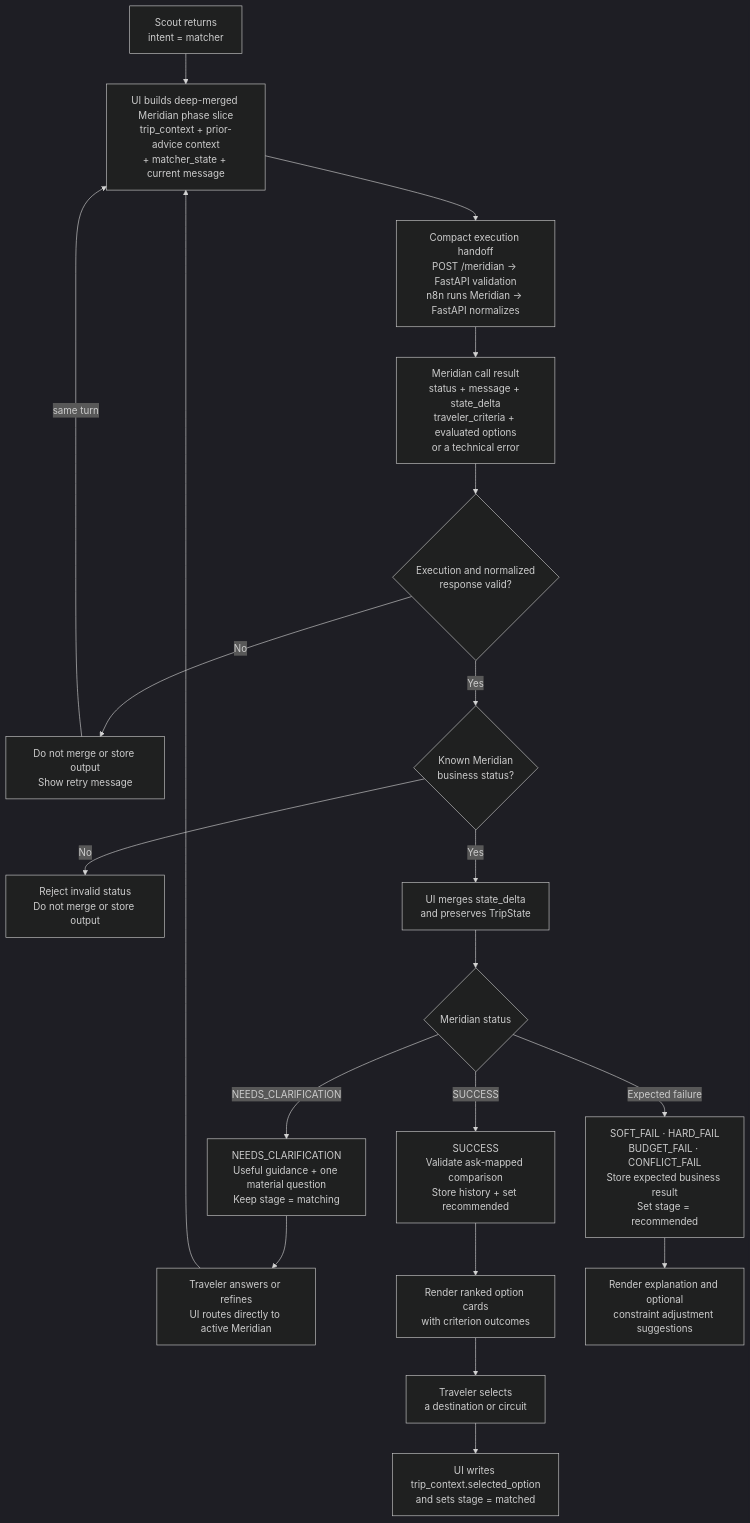
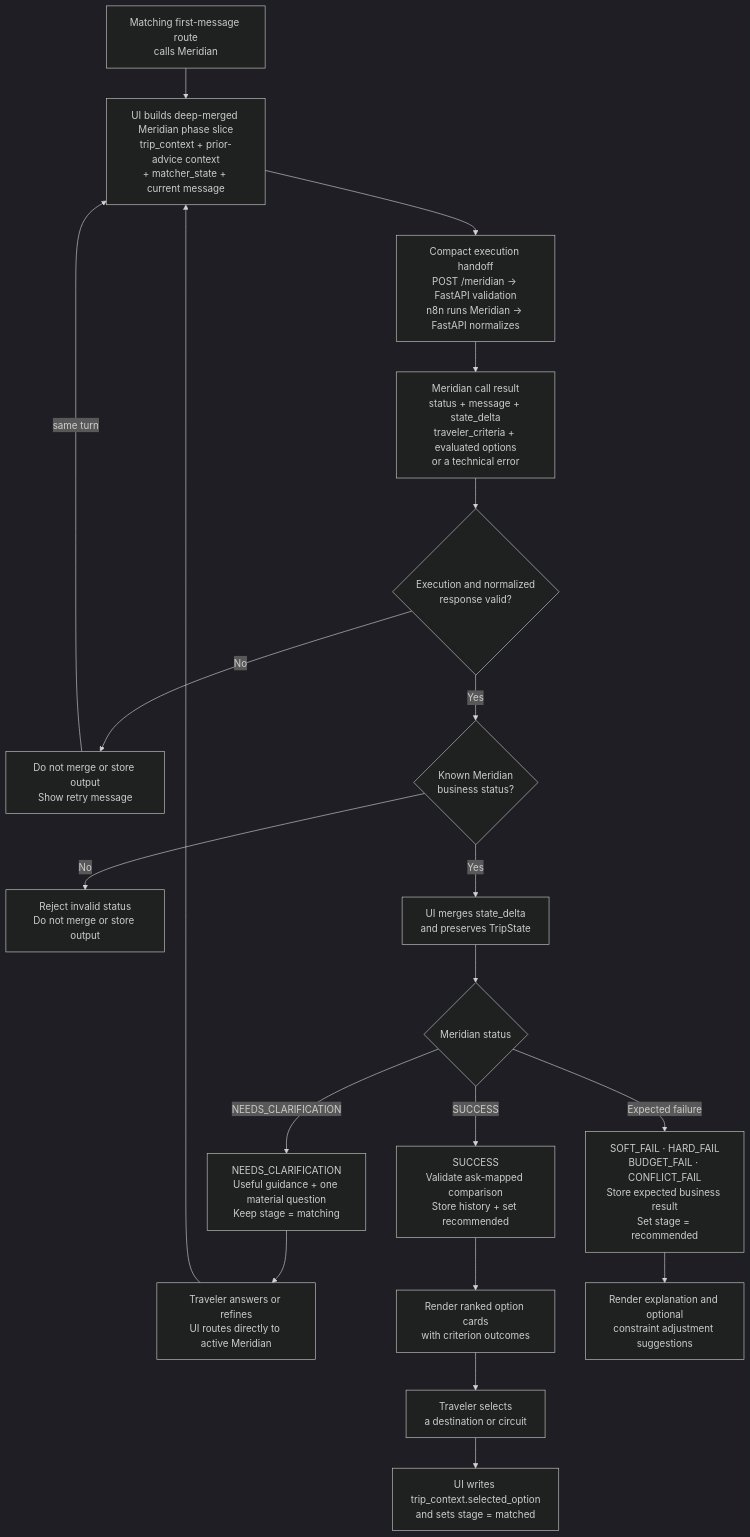
One commit to agarwalnaina1496/TWM_Docs changed the diagram in trip-matcher/README.md. Above: the diagram before and after it, drawn with Mermaid (dark theme). The commit also changed other lines of this file and 8 other files, not shown here.

````diff
--- a/trip-matcher/README.md
+++ b/trip-matcher/README.md
@@ -22,33 +22,33 @@
 ```mermaid
 flowchart TB
-    Start["Scout returns<br/>intent = matcher"]
+    Start["Matching first-message route<br/>calls Meridian"]
     Build["UI builds deep-merged Meridian phase slice<br/>trip_context + prior-advice context<br/>+ matcher_state + current message"]
     Handoff["Compact execution handoff<br/>POST /meridian → FastAPI validation<br/>n8n runs Meridian → FastAPI normalizes"]
     Result["Meridian call result<br/>status + message + state_delta<br/>traveler_criteria + evaluated options<br/>or a technical error"]
 
     Infrastructure{"Execution and normalized<br/>response valid?"}
     Retry["Do not merge or store output<br/>Show retry message"]
     BusinessStatus{"Known Meridian<br/>business status?"}
     Invalid["Reject invalid status<br/>Do not merge or store output"]
     Merge["UI merges state_delta<br/>and preserves TripState"]
     Status{"Meridian status"}
     Clarify["NEEDS_CLARIFICATION<br/>Useful guidance + one material question<br/>Keep stage = matching"]
     Answer["Traveler answers or refines<br/>UI routes directly to active Meridian"]
     Recommendation["SUCCESS<br/>Validate ask-mapped comparison<br/>Store history + set recommended"]
     Cards["Render ranked option cards<br/>with criterion outcomes"]
     Failure["SOFT_FAIL · HARD_FAIL<br/>BUDGET_FAIL · CONFLICT_FAIL<br/>Store expected business result<br/>Set stage = recommended"]
     Explain["Render explanation and optional<br/>constraint adjustment suggestions"]
     Select["Traveler selects<br/>a destination or circuit"]
     Matched["UI writes trip_context.selected_option<br/>and sets stage = matched"]
 
     Start --> Build --> Handoff --> Result --> Infrastructure
 
     Infrastructure -->|No| Retry
     Retry -->|same turn| Build
     Infrastructure -->|Yes| BusinessStatus
     BusinessStatus -->|No| Invalid
     BusinessStatus -->|Yes| Merge --> Status
     Status -->|NEEDS_CLARIFICATION| Clarify --> Answer --> Build
     Status -->|SUCCESS| Recommendation --> Cards --> Select --> Matched
     Status -->|Expected failure| Failure --> Explain
 ```
````
